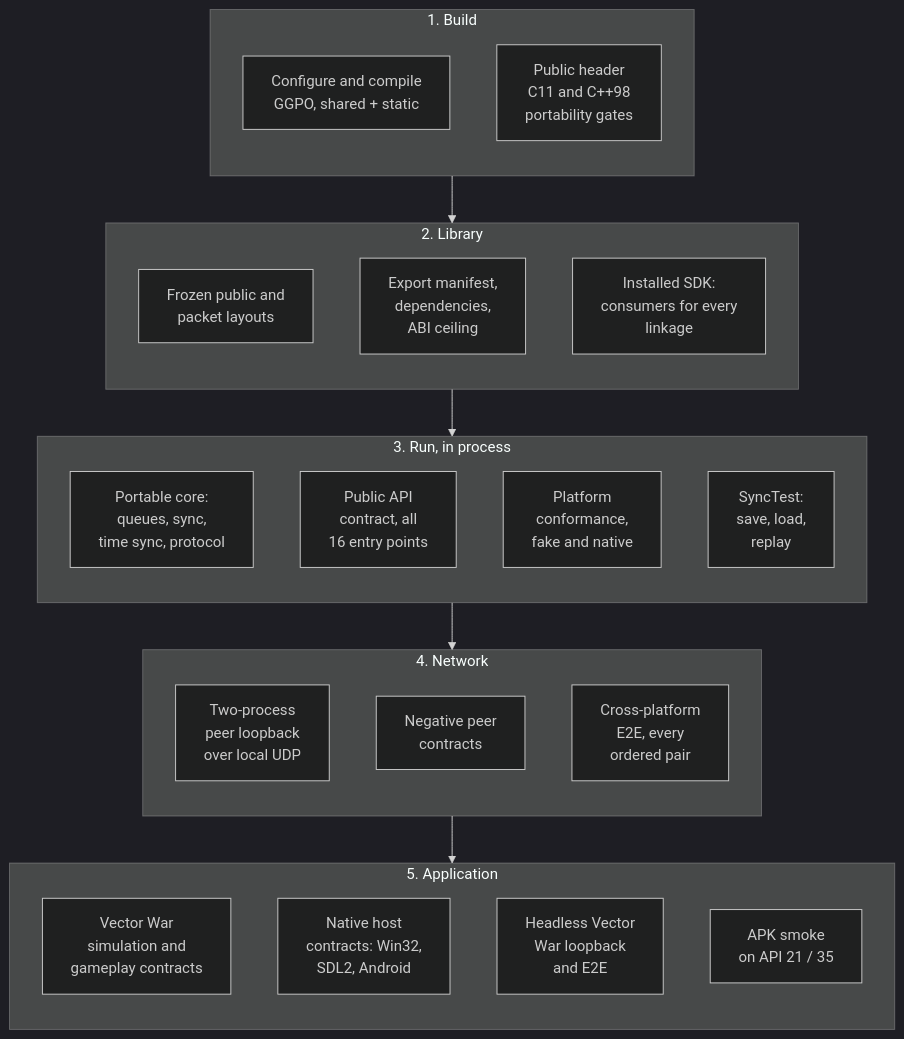
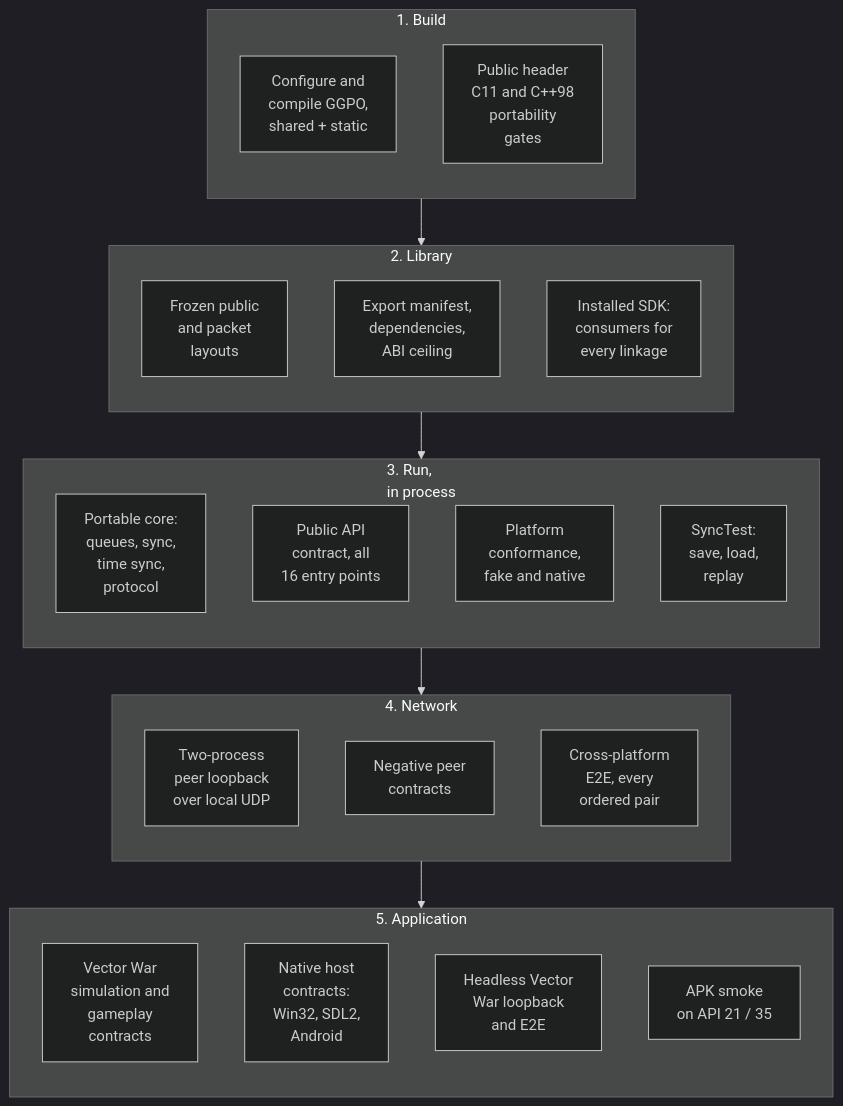
One commit to irregularthanis/ggpo-next changed the second of 7 diagrams in doc/architecture/Testing.md. Above: the diagram before and after it, drawn with Mermaid (dark theme). The commit also changed other lines of this file and 3 other files, not shown here.

Commit message:
docs: prevent architecture diagram truncation

````diff
--- a/doc/architecture/Testing.md
+++ b/doc/architecture/Testing.md
@@ -100,40 +100,40 @@
 ```mermaid
 flowchart TB
     subgraph B["1. Build"]
         direction TB
-        B1["Configure and compile<br/>GGPO, shared + static"]
-        B2["Public header<br/>C11 and C++98<br/>portability gates"]
+        B1["Configure and<br/>compile GGPO,<br/>shared + static"]
+        B2["Public header<br/>C11 and C++98<br/>portability<br/>gates"]
     end
 
     subgraph L["2. Library"]
         direction TB
-        L1["Frozen public and<br/>packet layouts"]
+        L1["Frozen public<br/>and packet<br/>layouts"]
         L2["Export manifest,<br/>dependencies,<br/>ABI ceiling"]
-        L3["Installed SDK:<br/>consumers for every<br/>linkage"]
+        L3["Installed SDK:<br/>consumers for<br/>every linkage"]
     end
 
-    subgraph R["3. Run, in process"]
+    subgraph R["3. Run,<br/>in process"]
         direction TB
-        R1["Portable core:<br/>queues, sync,<br/>time sync, protocol"]
+        R1["Portable core:<br/>queues, sync,<br/>time sync,<br/>protocol"]
         R2["Public API<br/>contract, all<br/>16 entry points"]
         R3["Platform<br/>conformance,<br/>fake and native"]
         R4["SyncTest:<br/>save, load,<br/>replay"]
     end
 
     subgraph N["4. Network"]
         direction TB
         N1["Two-process<br/>peer loopback<br/>over local UDP"]
         N2["Negative peer<br/>contracts"]
         N3["Cross-platform<br/>E2E, every<br/>ordered pair"]
     end
 
     subgraph A["5. Application"]
         direction TB
-        A1["Vector War<br/>simulation and<br/>gameplay contracts"]
-        A2["Native host<br/>contracts: Win32,<br/>SDL2, Android"]
+        A1["Vector War<br/>simulation and<br/>gameplay<br/>contracts"]
+        A2["Native host<br/>contracts:<br/>Win32, SDL2,<br/>Android"]
         A3["Headless Vector<br/>War loopback<br/>and E2E"]
         A4["APK smoke<br/>on API 21 / 35"]
     end
 
     B --> L --> R --> N --> A
 ```
````
